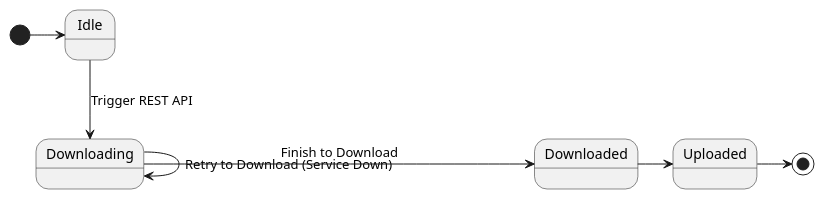
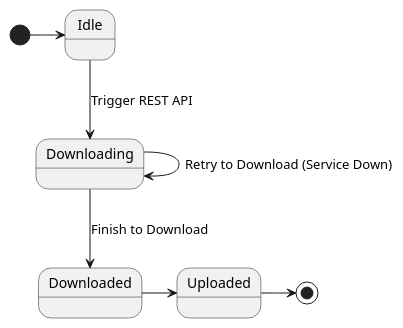
The diagram in _diary/2024-06-21.md (yanghoon/obsidian-workspace), drawn with PlantUML before and after one commit.

Commit message:
vault backup: 2024-06-23 19:39:33

````diff
--- a/_diary/2024-06-21.md
+++ b/_diary/2024-06-21.md
@@ -52,12 +52,14 @@
 ```plantuml
 @startuml
 
 [*] -> Idle
 Idle --> Downloading : Trigger REST API
+
+Downloading --> Downloaded : Finish to Download
 Downloading -> Downloading: Retry to Download (Service Down)
-Downloading -> Downloaded : Finish to Download
+
 Downloaded -> Uploaded
 Uploaded ->[*] 
 
 @enduml
 ```
````
